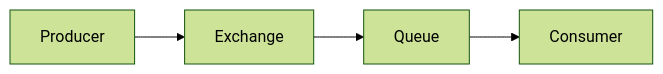
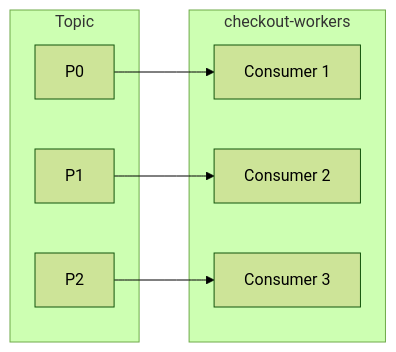
Before and after one commit to hareramcse/SystemDesign: the seventh of 24 diagrams in 06-messaging-and-events/README.md, drawn with Mermaid (forest theme). The commit also changed other lines of this file and 14 other files, not shown here.

````diff
--- a/06-messaging-and-events/README.md
+++ b/06-messaging-and-events/README.md
@@ -1591,6 +806,16 @@
 ```mermaid
 flowchart LR
-    Pub[Producer] --> Ex[Exchange]
-    Ex --> Q[Queue]
-    Q --> Con[Consumer]
+    subgraph Topic
+        P0[P0]
+        P1[P1]
+        P2[P2]
+    end
+    subgraph checkout-workers
+        C1[Consumer 1]
+        C2[Consumer 2]
+        C3[Consumer 3]
+    end
+    P0 --> C1
+    P1 --> C2
+    P2 --> C3
 ```
````
